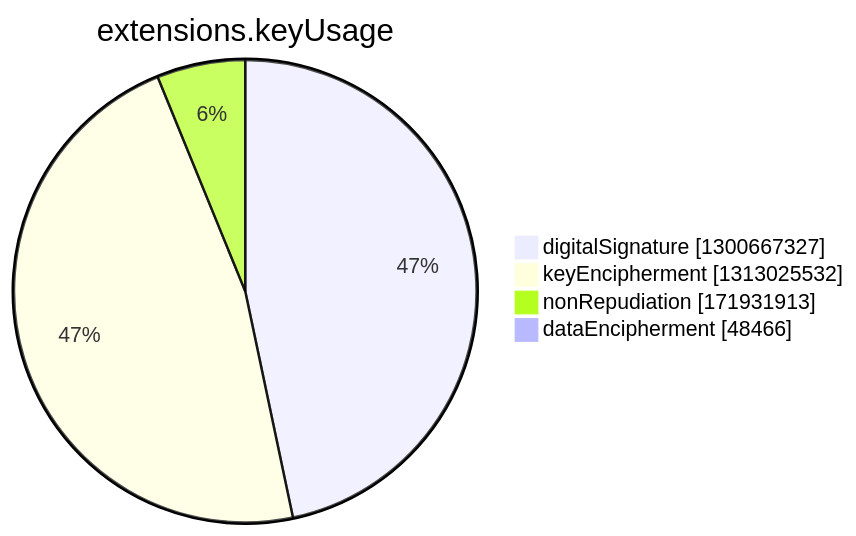
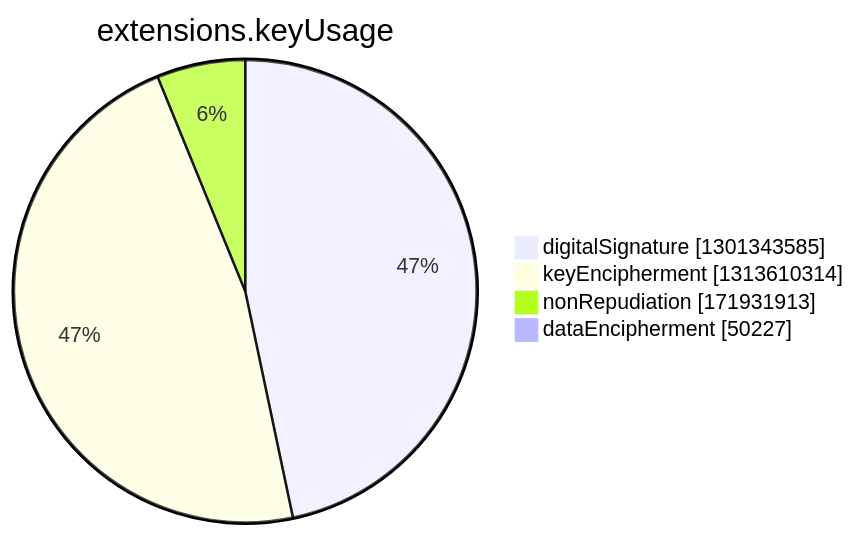
The seventh of 15 diagrams in argon2022/README.md (christiankrug/ctmonitor_visualization), drawn with Mermaid before and after one commit. The commit also changed other lines of this file, not shown here.

````diff
--- a/argon2022/README.md
+++ b/argon2022/README.md
@@ -2749,8 +2749,8 @@
 ```mermaid
 pie showData
 title extensions.keyUsage
-"digitalSignature" :1300667327
-"keyEncipherment" :1313025532
+"digitalSignature" :1301343585
+"keyEncipherment" :1313610314
 "nonRepudiation" :171931913
-"dataEncipherment" :48466
+"dataEncipherment" :50227
 ```
````
